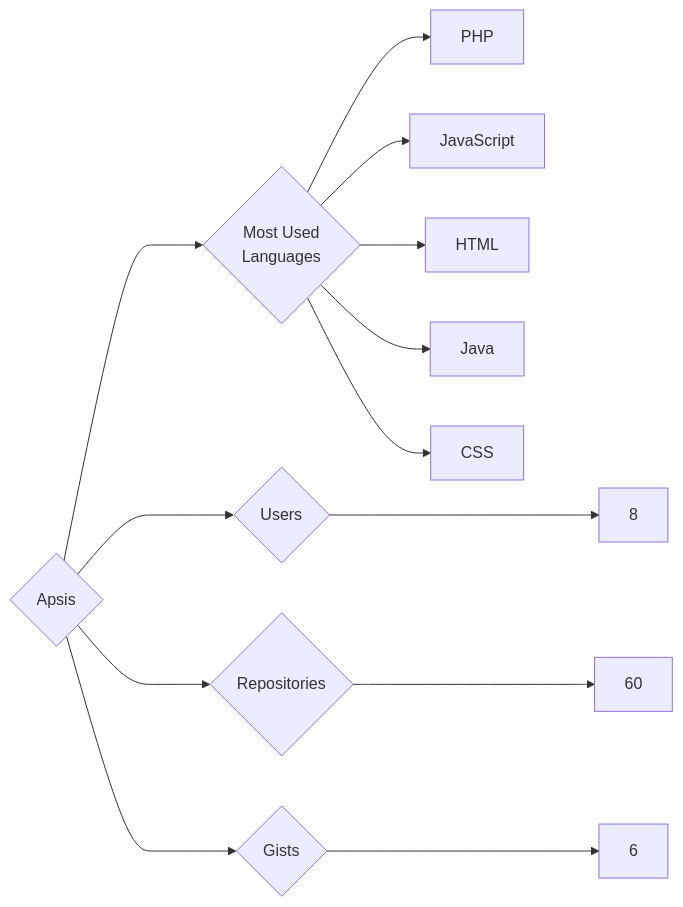
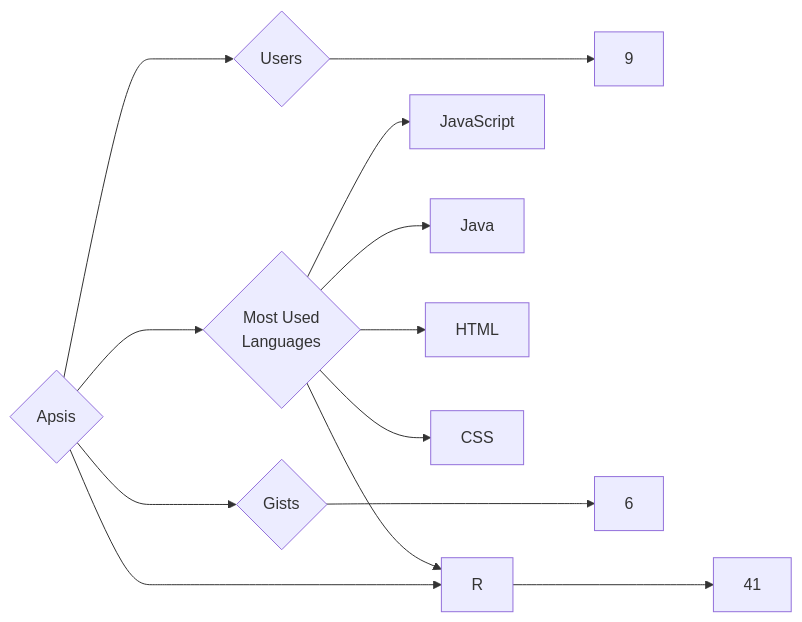
The diagram in targets/Apsis/README.md (trickest/insiders), drawn with Mermaid before and after one commit. The commit also changed 1148 other files, not shown here.

````diff
--- a/targets/Apsis/README.md
+++ b/targets/Apsis/README.md
@@ -3,13 +3,13 @@
 ```mermaid
 graph LR
 COMPANY_NAME{Apsis}
-COMPANY_NAME ---> U{Users} ---> UN[8]
-COMPANY_NAME ---> R{Repositories} ---> RN[60]
+COMPANY_NAME ---> U{Users} ---> UN[9]
+COMPANY_NAME ---> R{Repositories} ---> RN[41]
 COMPANY_NAME ---> G{Gists} ---> GN[6]
 COMPANY_NAME ---> ML{Most Used<br>Languages}
-ML --> PHP[PHP]
 ML --> JavaScript[JavaScript]
+ML --> Java[Java]
 ML --> HTML[HTML]
-ML --> Java[Java]
+ML --> R[R]
 ML --> CSS[CSS]
 ```
````
